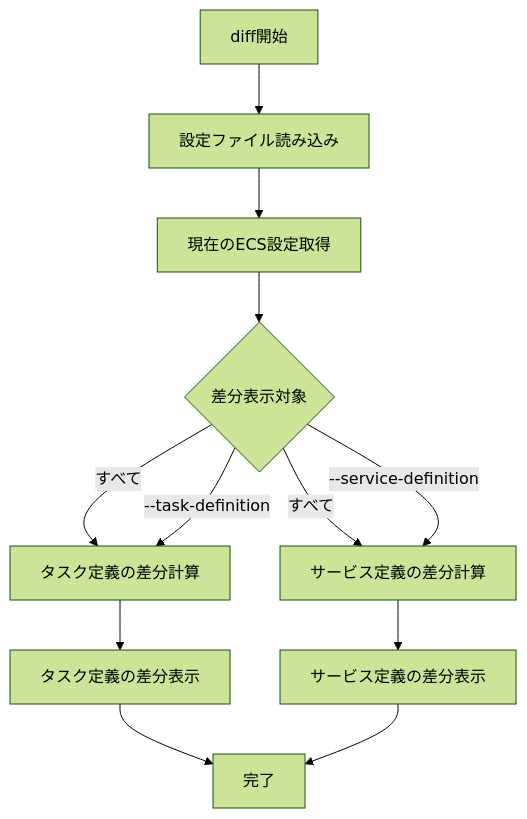
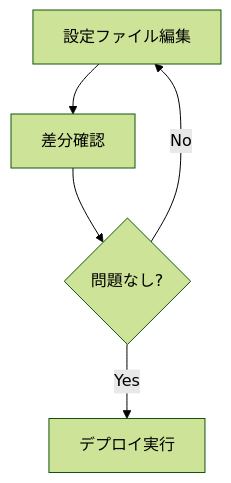
The diagram in ecspresso/commands/diff.md (bufferings/devin-docs), drawn with Mermaid (forest theme) before and after one commit. The commit also changed other lines of this file and 31 other files, not shown here.

````diff
--- a/ecspresso/commands/diff.md
+++ b/ecspresso/commands/diff.md
@@ -60,14 +74,7 @@
 ```mermaid
-graph TD
-    A[diff開始] --> B[設定ファイル読み込み]
-    B --> C[現在のECS設定取得]
-    C --> D{差分表示対象}
-    D -->|すべて| E[タスク定義の差分計算]
-    D -->|--task-definition| E
-    D -->|すべて| F[サービス定義の差分計算]
-    D -->|--service-definition| F
-    E --> G[タスク定義の差分表示]
-    F --> H[サービス定義の差分表示]
-    G --> I[完了]
-    H --> I
+flowchart TD
+    A[設定ファイル編集] --> B[差分確認]
+    B --> C{問題なし?}
+    C -->|Yes| D[デプロイ実行]
+    C -->|No| A
 ```
````
